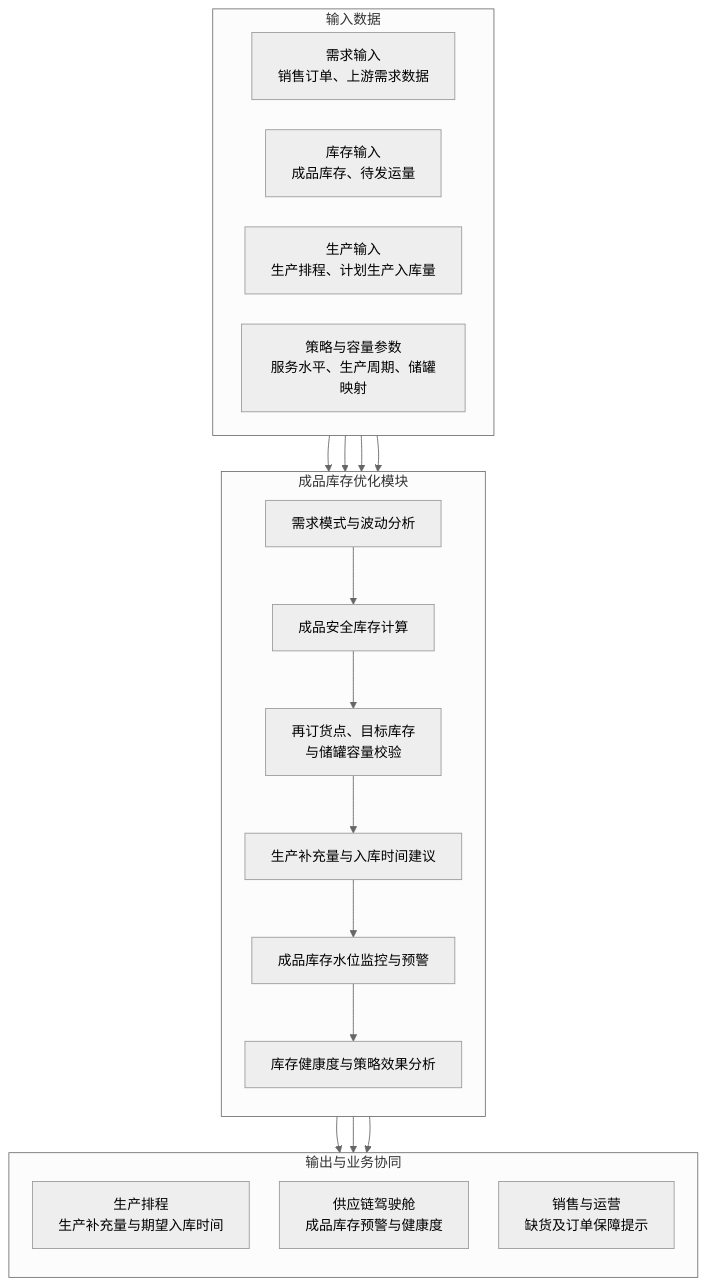
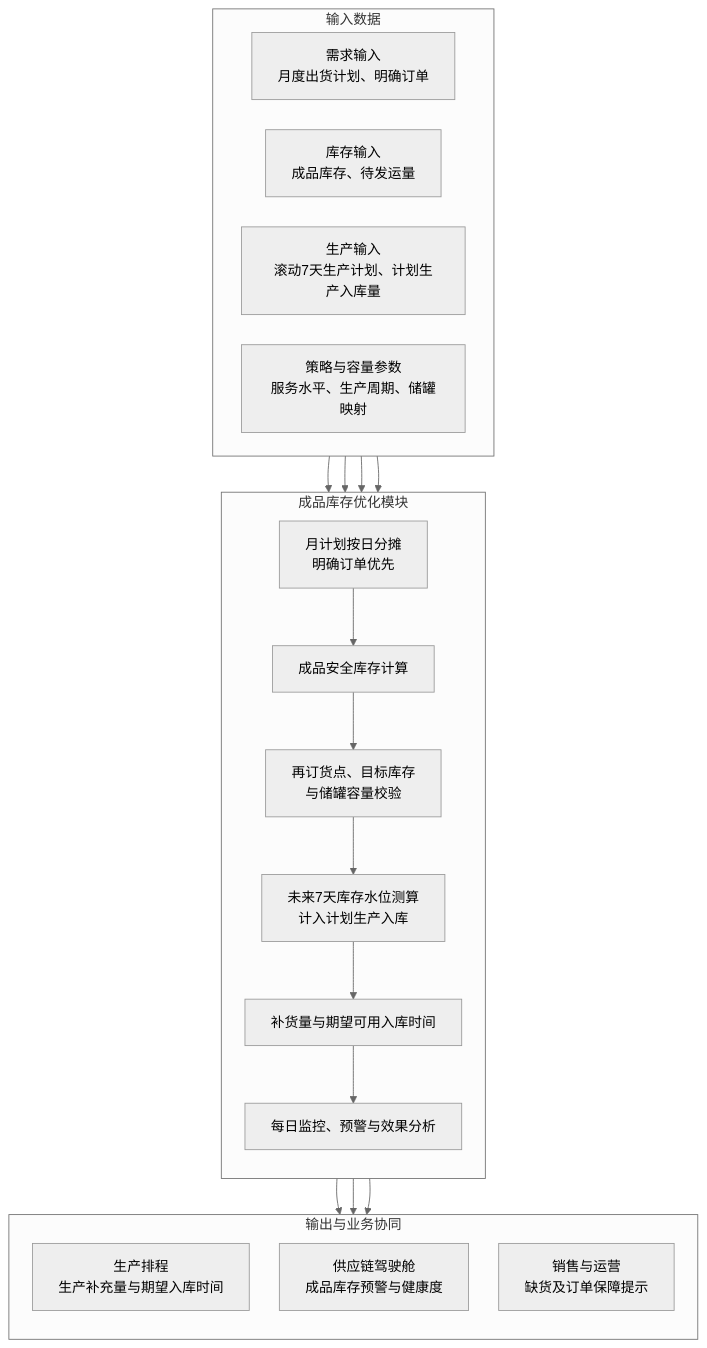
One commit to DDD71/scos_proj changed the diagram in 2-业务蓝图-draft/库存优化模块技术方案.md. Above: the diagram before and after it, drawn with Mermaid (neutral theme). The commit also changed other lines of this file and 2 other files, not shown here.

````diff
--- a/2-业务蓝图-draft/库存优化模块技术方案.md
+++ b/2-业务蓝图-draft/库存优化模块技术方案.md
@@ -23,36 +22,36 @@
 ```mermaid
 %%{init: {"flowchart": {"curve": "basis", "nodeSpacing": 35, "rankSpacing": 42}}}%%
 flowchart TB
     subgraph INPUT["输入数据"]
         direction LR
-        A["需求输入<br/>销售订单、上游需求数据"]
+        A["需求输入<br/>月度出货计划、明确订单"]
         B["库存输入<br/>成品库存、待发运量"]
-        C["生产输入<br/>生产排程、计划生产入库量"]
+        C["生产输入<br/>滚动7天生产计划、计划生产入库量"]
         D["策略与容量参数<br/>服务水平、生产周期、储罐映射"]
     end
 
     subgraph INVENTORY["成品库存优化模块"]
         direction TB
-        E["需求模式与波动分析"] --> F["成品安全库存计算"]
+        E["月计划按日分摊<br/>明确订单优先"] --> F["成品安全库存计算"]
         F --> G["再订货点、目标库存<br/>与储罐容量校验"]
-        G --> H["生产补充量与入库时间建议"]
-        H --> I["成品库存水位监控与预警"]
-        I --> J["库存健康度与策略效果分析"]
+        G --> H["未来7天库存水位测算<br/>计入计划生产入库"]
+        H --> I["补货量与期望可用入库时间"]
+        I --> J["每日监控、预警与效果分析"]
     end
 
     A --> E
     B --> F
     C --> F
     D --> F
 
     subgraph OUTPUT["输出与业务协同"]
         direction TB
         K["生产排程<br/>生产补充量与期望入库时间"]
         L["供应链驾驶舱<br/>成品库存预警与健康度"]
         M["销售与运营<br/>缺货及订单保障提示"]
     end
 
-    H --> K
-    I --> M
+    I --> K
+    J --> M
     J --> L
 ```
````
